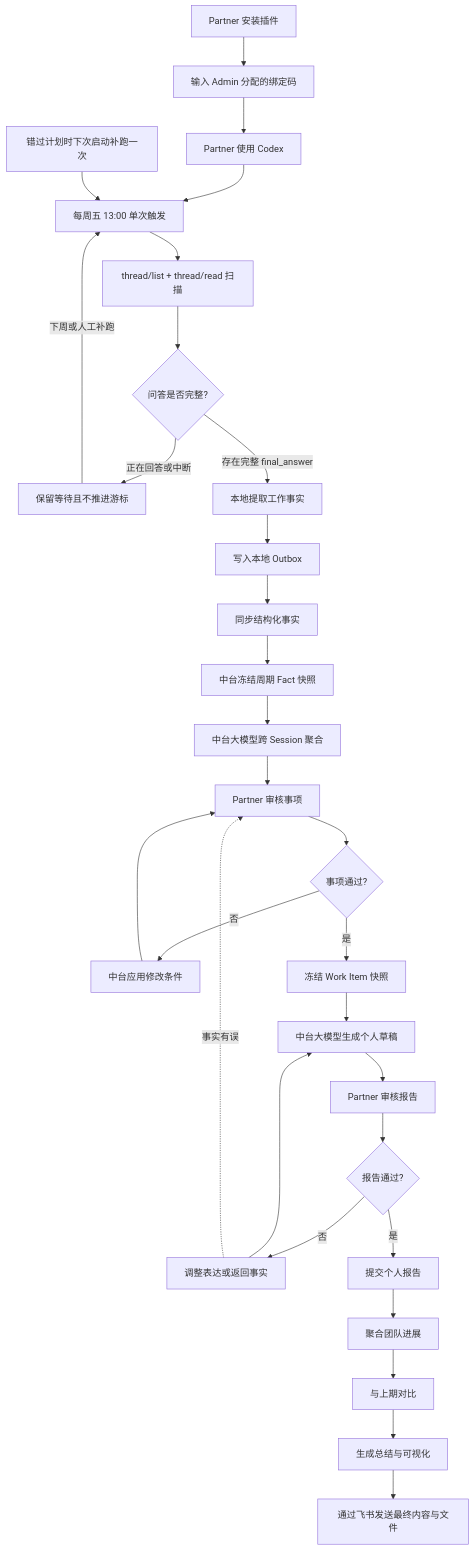
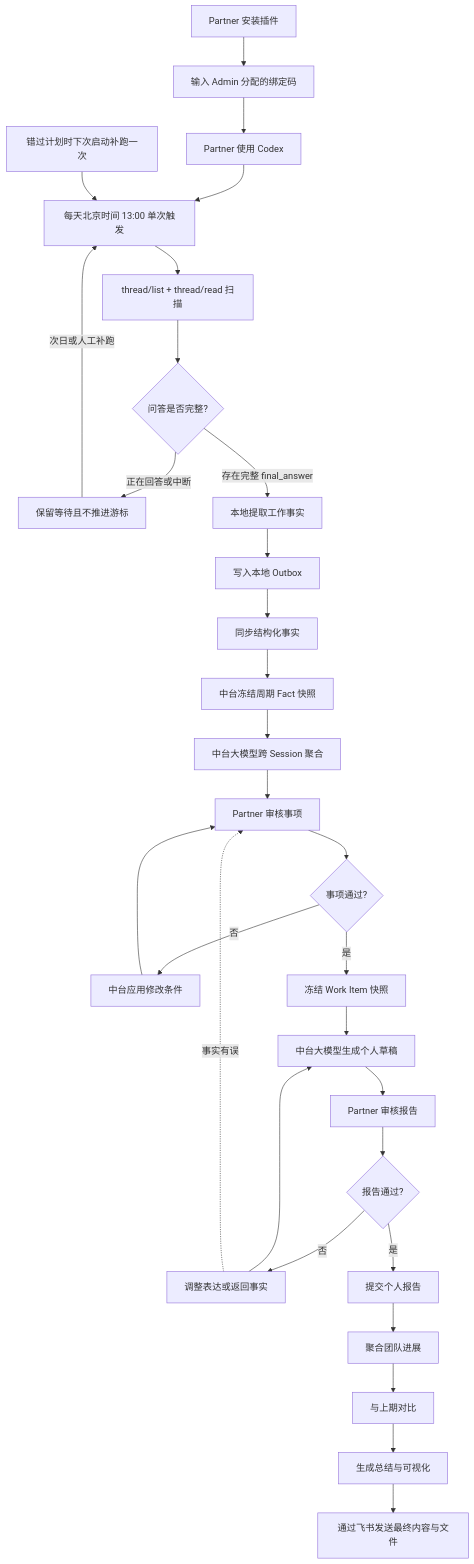
One commit to saul-LinY/partner-report-agent changed the first of 2 diagrams in docs/PRD.md. Above: the diagram before and after it, drawn with Mermaid. The commit also changed other lines of this file and 12 other files, not shown here.

````diff
--- a/docs/PRD.md
+++ b/docs/PRD.md
@@ -297,42 +297,42 @@
 ```mermaid
 flowchart TD
     install[Partner 安装插件]
     bind[输入 Admin 分配的绑定码]
     session[Partner 使用 Codex]
-    weeklyRun[每周五 13:00 单次触发]
+    dailyRun[每天北京时间 13:00 单次触发]
     scheduledScan[thread/list + thread/read 扫描]
     completeTurn{问答是否完整?}
     pendingTurn[保留等待且不推进游标]
     catchup[错过计划时下次启动补跑一次]
     queue[写入本地 Outbox]
     extract[本地提取工作事实]
     sync[同步结构化事实]
     cutoffSnapshot[中台冻结周期 Fact 快照]
     aggregate[中台大模型跨 Session 聚合]
     itemReview[Partner 审核事项]
     itemApproved{事项通过?}
     itemModify[中台应用修改条件]
     itemSnapshot[冻结 Work Item 快照]
     reportDraft[中台大模型生成个人草稿]
     reportReview[Partner 审核报告]
     reportApproved{报告通过?}
     reportModify[调整表达或返回事实]
     submit[提交个人报告]
     teamAggregate[聚合团队进展]
     compare[与上期对比]
     teamReport[生成总结与可视化]
     deliver[通过飞书发送最终内容与文件]
 
     install --> bind --> session
-    session --> weeklyRun --> scheduledScan --> completeTurn
-    catchup --> weeklyRun
+    session --> dailyRun --> scheduledScan --> completeTurn
+    catchup --> dailyRun
     completeTurn -->|正在回答或中断| pendingTurn
-    pendingTurn -->|下周或人工补跑| weeklyRun
+    pendingTurn -->|次日或人工补跑| dailyRun
     completeTurn -->|存在完整 final_answer| extract --> queue --> sync --> cutoffSnapshot --> aggregate
     aggregate --> itemReview --> itemApproved
     itemApproved -->|否| itemModify --> itemReview
     itemApproved -->|是| itemSnapshot --> reportDraft --> reportReview --> reportApproved
     reportApproved -->|否| reportModify --> reportDraft
     reportModify -.->|事实有误| itemReview
     reportApproved -->|是| submit --> teamAggregate --> compare --> teamReport --> deliver
 ```
````
